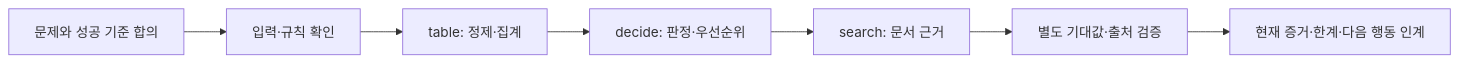
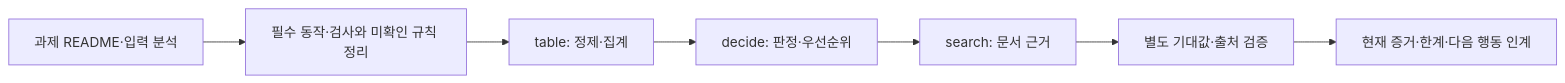
One commit to seungugi/fde-kit changed the diagram in WALKTHROUGH.md. Above: the diagram before and after it, drawn with Mermaid. The commit also changed other lines of this file and 17 other files, not shown here.

````diff
--- a/WALKTHROUGH.md
+++ b/WALKTHROUGH.md
@@ -5,9 +5,9 @@
 ```mermaid
 flowchart LR
-    A[문제와 성공 기준 합의] --> B[입력·규칙 확인]
+    A[과제 README·입력 분석] --> B[필수 동작·검사와 미확인 규칙 정리]
     B --> C[table: 정제·집계]
     C --> D[decide: 판정·우선순위]
     D --> E[search: 문서 근거]
     E --> F[별도 기대값·출처 검증]
     F --> G[현재 증거·한계·다음 행동 인계]
 ```
````
